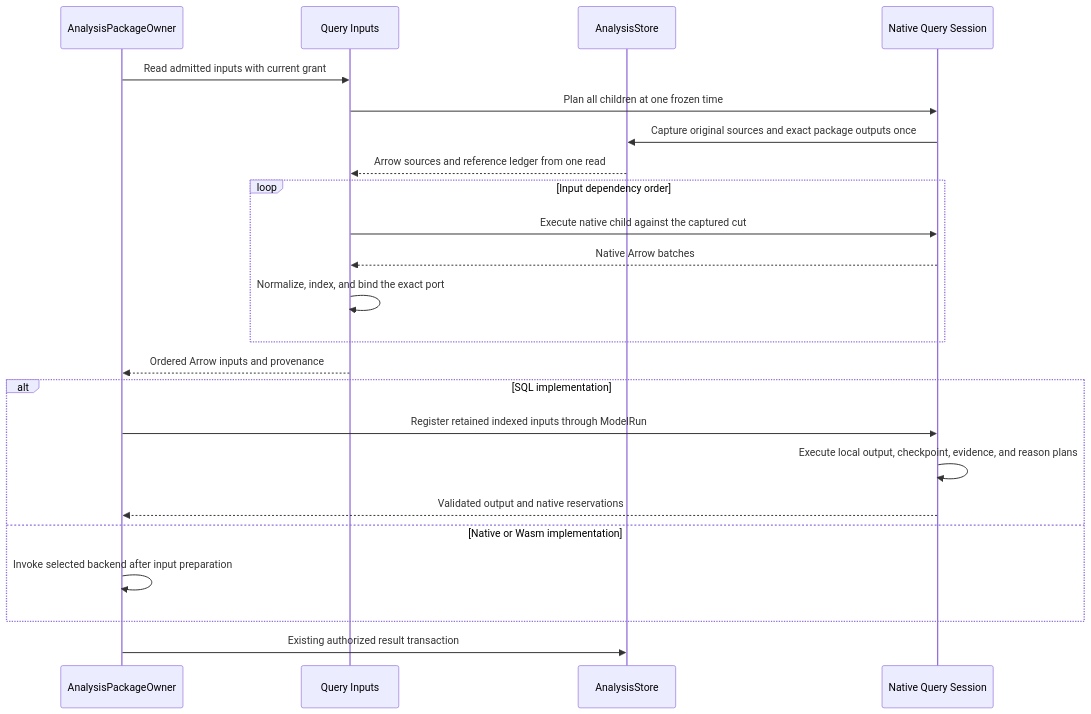
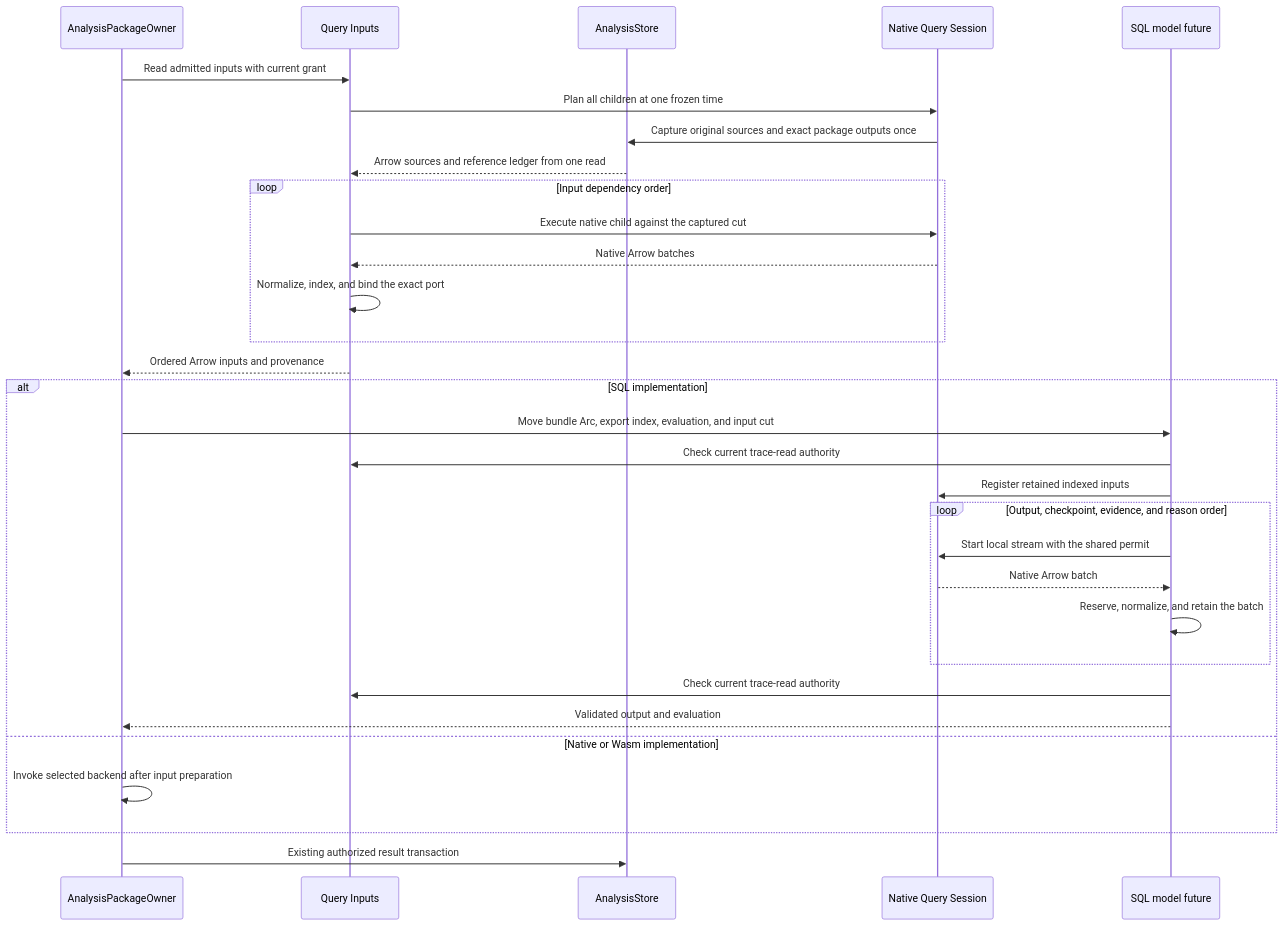
One commit to Ereborlabs/erebor-runtime changed the first of 2 diagrams in docs/guides/araphor-sql-operation-review.md. Above: the diagram before and after it, drawn with Mermaid. The commit also changed other lines of this file and 38 other files, not shown here.

Commit message:
Run SQL model programs in one native runtime call

````diff
--- a/docs/guides/araphor-sql-operation-review.md
+++ b/docs/guides/araphor-sql-operation-review.md
@@ -59,25 +59,33 @@
 ```mermaid
 sequenceDiagram
     participant Package as AnalysisPackageOwner
     participant Input as Query Inputs
     participant Store as AnalysisStore
     participant Session as Native Query Session
+    participant Program as SQL model future
     Package->>Input: Read admitted inputs with current grant
     Input->>Session: Plan all children at one frozen time
     Session->>Store: Capture original sources and exact package outputs once
     Store-->>Input: Arrow sources and reference ledger from one read
     loop Input dependency order
         Input->>Session: Execute native child against the captured cut
         Session-->>Input: Native Arrow batches
         Input->>Input: Normalize, index, and bind the exact port
     end
     Input-->>Package: Ordered Arrow inputs and provenance
     alt SQL implementation
-        Package->>Session: Register retained indexed inputs through ModelRun
-        Session->>Session: Execute local output, checkpoint, evidence, and reason plans
-        Session-->>Package: Validated output and native reservations
+        Package->>Program: Move bundle Arc, export index, evaluation, and input cut
+        Program->>Input: Check current trace-read authority
+        Program->>Session: Register retained indexed inputs
+        loop Output, checkpoint, evidence, and reason order
+            Program->>Session: Start local stream with the shared permit
+            Session-->>Program: Native Arrow batch
+            Program->>Program: Reserve, normalize, and retain the batch
+        end
+        Program->>Input: Check current trace-read authority
+        Program-->>Package: Validated output and evaluation
     else Native or Wasm implementation
         Package->>Package: Invoke selected backend after input preparation
     end
     Package->>Store: Existing authorized result transaction
 ```
````
